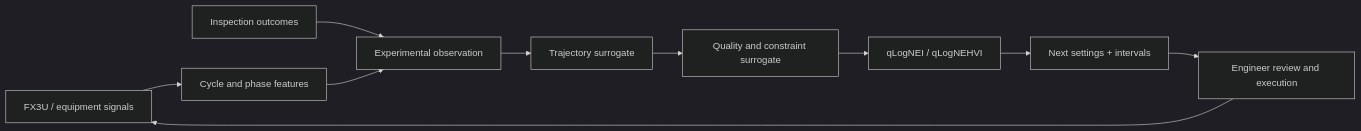
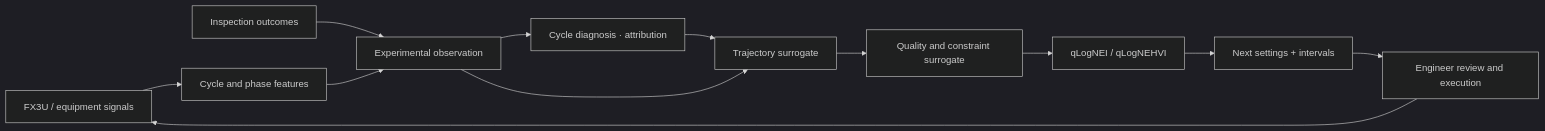
The diagram in README.en.md (liuweichaox/Ingot), drawn with Mermaid (dark theme) before and after one commit. The commit also changed other lines of this file and 13 other files, not shown here.

````diff
--- a/README.en.md
+++ b/README.en.md
@@ -39,12 +43,14 @@
 ```mermaid
 flowchart LR
     A["FX3U / equipment signals"] --> B["Cycle and phase features"]
     C["Inspection outcomes"] --> D["Experimental observation"]
     B --> D
-    D --> E["Trajectory surrogate"]
+    D --> J["Cycle diagnosis · attribution"]
+    J --> E["Trajectory surrogate"]
+    D --> E
     E --> F["Quality and constraint surrogate"]
     F --> G["qLogNEI / qLogNEHVI"]
     G --> H["Next settings + intervals"]
     H --> I["Engineer review and execution"]
     I --> A
 ```
````
